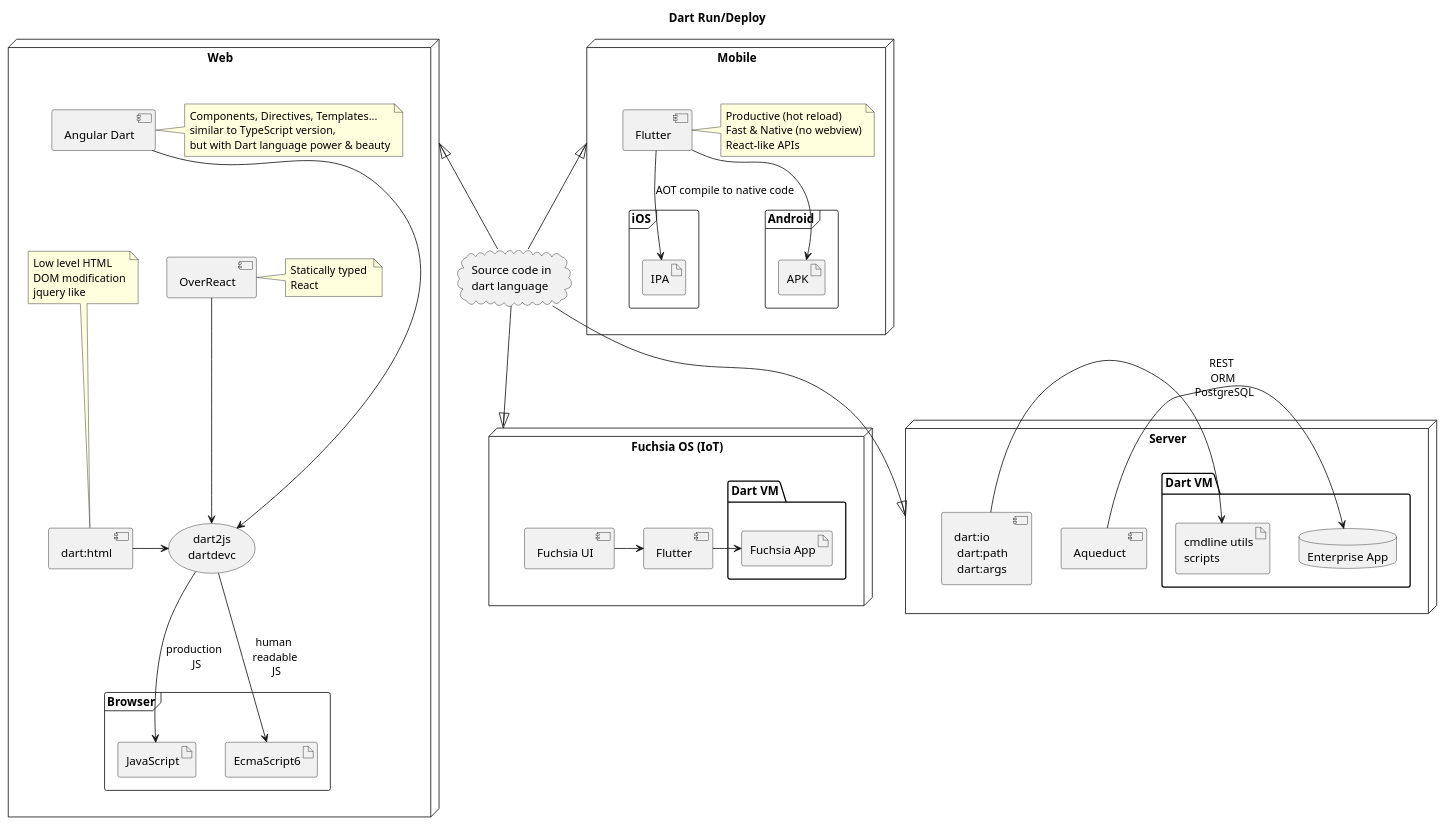
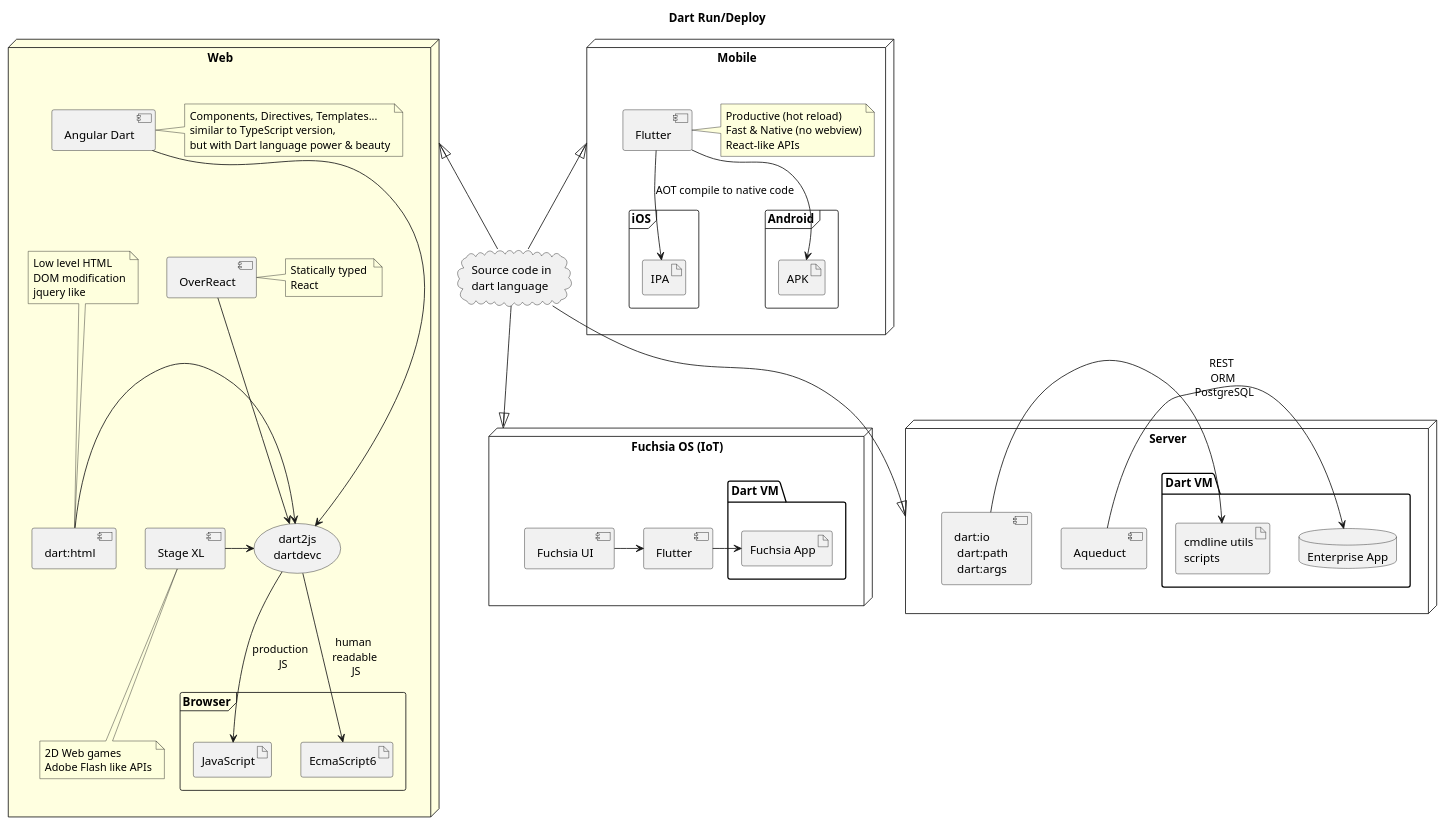
Before and after one commit to dafesimonek/dart-platform-diagrams: the diagram in run-and-deploy.puml, drawn with PlantUML.

Commit message:
stageXL added

```diff
--- a/run-and-deploy.puml
+++ b/run-and-deploy.puml
@@ -1,102 +1,108 @@
 @startuml
 
 title Dart Run/Deploy
 
 cloud "Source code in \ndart language" as source
 
-node "Web" as web {
+node "Web" as web #lightyellow {
 
     usecase dart2js [
         dart2js
         dartdevc
     ]
 
     [Angular Dart] as angular [[https://webdev.dartlang.org/angular]]
     note right of angular
         Components, Directives, Templates...
         similar to TypeScript version,
         but with Dart language power & beauty
     end note
-    [angular] ---> dart2js
+    angular ---> dart2js
 
     [OverReact] as overReact [[https://pub.dartlang.org/packages/over_react]]
     note right of overReact: Statically typed \nReact
     overReact --> dart2js
 
     [dart:html] as dartHtml [[https://webdev.dartlang.org/guides/web-programming#low-level-html]]
     note top of dartHtml
         Low level HTML
         DOM modification
         jquery like
     end note
+    dartHtml -> dart2js
 
-    dartHtml -> dart2js
+    [Stage XL] as stageXL [[http://www.stagexl.org/]]
+    note bottom of stageXL
+        2D Web games
+        Adobe Flash like APIs
+    end note
+    stageXL -> dart2js
 
     frame Browser {
         artifact JavaScript
         artifact EcmaScript6
     }
 
     dart2js --> JavaScript: production \n JS
     dart2js --> EcmaScript6: human \n readable \n JS
 }
 
 node "Mobile" as mobile {
     [Flutter] as flutter [[https://flutter.io]]
     note right of flutter
         Productive (hot reload)
         Fast & Native (no webview)
         React-like APIs
     end note
 
     frame iOS {
         artifact IPA
     }
 
     frame Android {
         artifact APK
     }
 
     flutter --> IPA: AOT compile to native code
     flutter --> APK
 }
 
 node "Fuchsia OS (IoT)" as fuchsia {
     [Fuchsia UI] as fuchsiaUI [[https://fuchsia.googlesource.com/docs/+/master/book.md]]
 
     [Flutter] as fuchsiaFlutter
 
     package "Dart VM" as fuchsiaVM {
         artifact fuchsiaApp [
             Fuchsia App
         ]
     }
 
     fuchsiaUI -> fuchsiaFlutter
     fuchsiaFlutter -> fuchsiaApp
 
 }
 
 node "Server" as server {
     [Aqueduct] as aqueduct [[https://aqueduct.io/]]
     [dart:io \n dart:path \n dart:args] as cmdlinePackages [[https://www.dartlang.org/tutorials/dart-vm/cmdline]]
 
     package "Dart VM" {
         artifact cmdline [
             cmdline utils
             scripts
         ]
         database "Enterprise App" as enterprise
     }
 
     aqueduct -> enterprise: REST \n ORM \n PostgreSQL
     cmdlinePackages -> cmdline
 }
 
 
 source -up-|> mobile
 source -up-|> web
 source -down-|> fuchsia
 source -down-|> server
 
 @enduml
```
